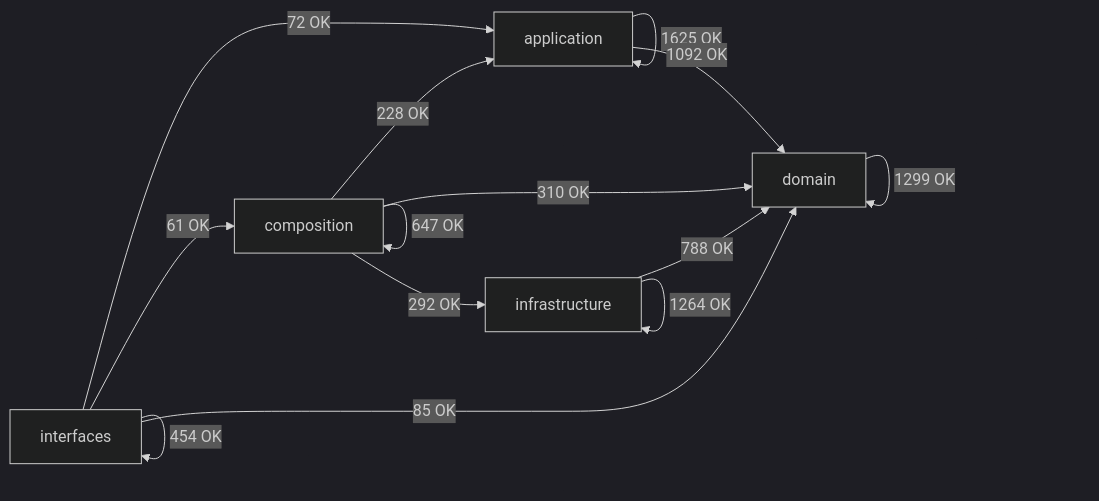
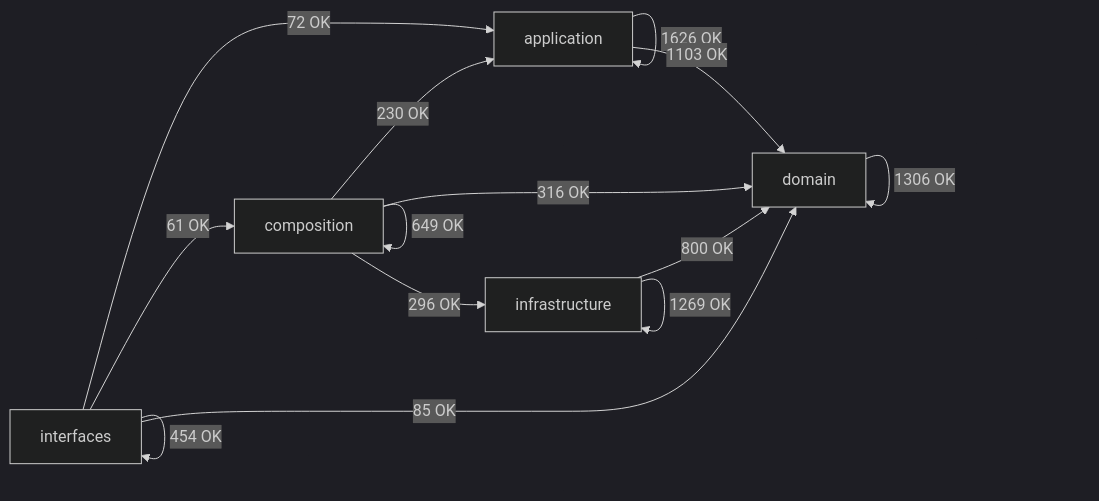
The diagram in docs/02-architecture/generated/module-dependency-map.md (SatoryKono/BioactivityDataAcquisition), drawn with Mermaid (dark theme) before and after one commit. The commit also changed other lines of this file and 13 other files, not shown here.

Commit message:
chore(storage): regenerate architecture inventories for corrected contracts

````diff
--- a/docs/02-architecture/generated/module-dependency-map.md
+++ b/docs/02-architecture/generated/module-dependency-map.md
@@ -17,21 +17,21 @@
 ```mermaid
 flowchart LR
     domain[domain]
     application[application]
     infrastructure[infrastructure]
     composition[composition]
     interfaces[interfaces]
-    application -->|1625 OK| application
-    application -->|1092 OK| domain
-    composition -->|228 OK| application
-    composition -->|647 OK| composition
-    composition -->|310 OK| domain
-    composition -->|292 OK| infrastructure
-    domain -->|1299 OK| domain
-    infrastructure -->|788 OK| domain
-    infrastructure -->|1264 OK| infrastructure
+    application -->|1626 OK| application
+    application -->|1103 OK| domain
+    composition -->|230 OK| application
+    composition -->|649 OK| composition
+    composition -->|316 OK| domain
+    composition -->|296 OK| infrastructure
+    domain -->|1306 OK| domain
+    infrastructure -->|800 OK| domain
+    infrastructure -->|1269 OK| infrastructure
     interfaces -->|72 OK| application
     interfaces -->|61 OK| composition
     interfaces -->|85 OK| domain
     interfaces -->|454 OK| interfaces
 ```
````
